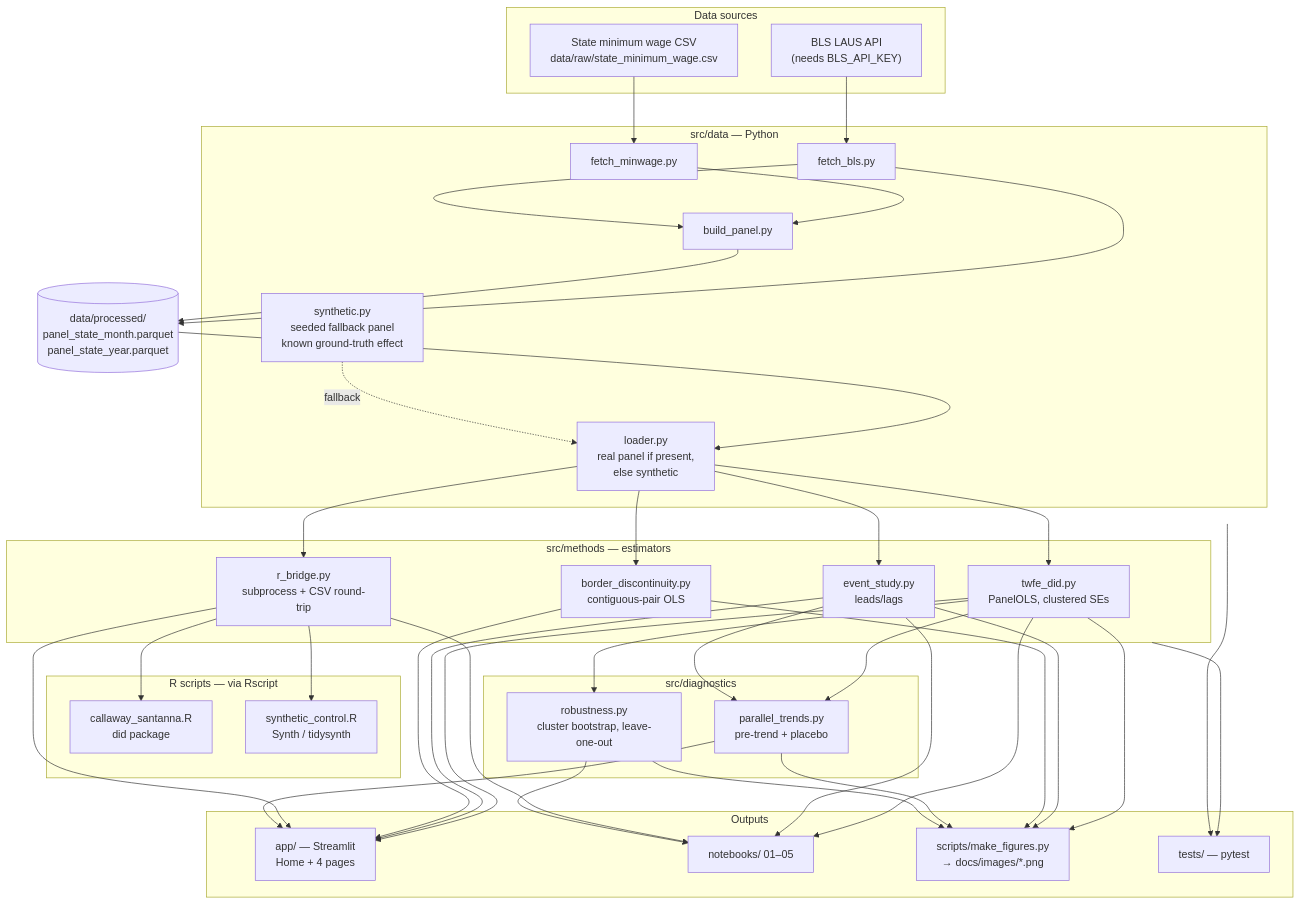
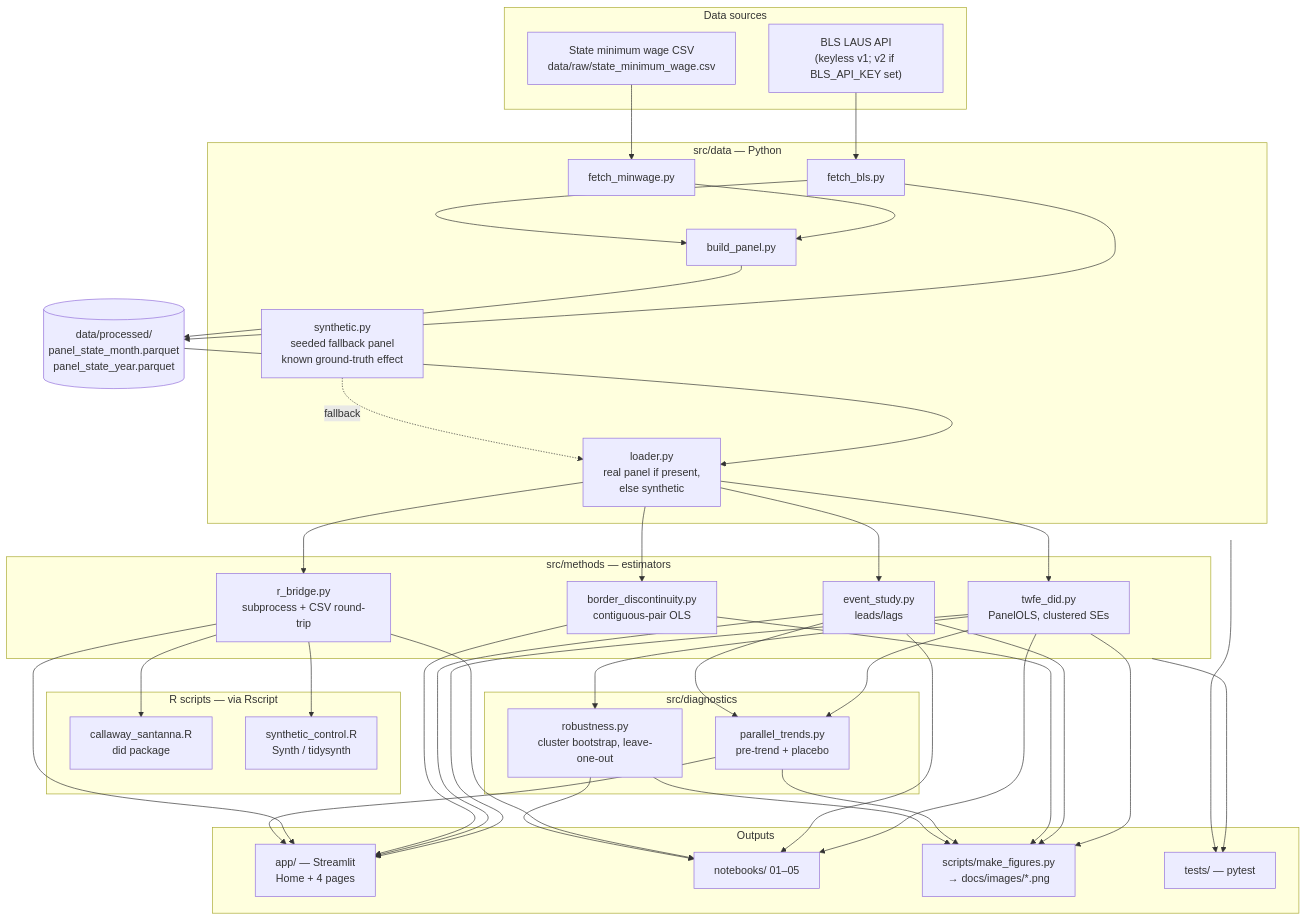
Before and after one commit to thompgt/minimum-wage-causal-inference: the diagram in README.md, drawn with Mermaid. The commit also changed other lines of this file and 1 other file, not shown here.

First line of the commit message:
Fetch real BLS data without an API key

````diff
--- a/README.md
+++ b/README.md
@@ -26,79 +26,79 @@
 ```mermaid
 flowchart TB
     subgraph sources["Data sources"]
-        BLS["BLS LAUS API<br/>(needs BLS_API_KEY)"]
+        BLS["BLS LAUS API<br/>(keyless v1; v2 if BLS_API_KEY set)"]
         MW["State minimum wage CSV<br/>data/raw/state_minimum_wage.csv"]
     end
 
     subgraph ingest["src/data — Python"]
         FB["fetch_bls.py"]
         FM["fetch_minwage.py"]
         BP["build_panel.py"]
         SY["synthetic.py<br/>seeded fallback panel<br/>known ground-truth effect"]
         LD["loader.py<br/>real panel if present,<br/>else synthetic"]
     end
 
     PROC[("data/processed/<br/>panel_state_month.parquet<br/>panel_state_year.parquet")]
 
     subgraph methods["src/methods — estimators"]
         TWFE["twfe_did.py<br/>PanelOLS, clustered SEs"]
         ES["event_study.py<br/>leads/lags"]
         BD["border_discontinuity.py<br/>contiguous-pair OLS"]
         RB["r_bridge.py<br/>subprocess + CSV round-trip"]
     end
 
     subgraph rscripts["R scripts — via Rscript"]
         CS["callaway_santanna.R<br/>did package"]
         SC["synthetic_control.R<br/>Synth / tidysynth"]
     end
 
     subgraph diag["src/diagnostics"]
         PT["parallel_trends.py<br/>pre-trend + placebo"]
         RO["robustness.py<br/>cluster bootstrap, leave-one-out"]
     end
 
     subgraph outputs["Outputs"]
         APP["app/ — Streamlit<br/>Home + 4 pages"]
         NB["notebooks/ 01–05"]
         FIGS["scripts/make_figures.py<br/>→ docs/images/*.png"]
         TESTS["tests/ — pytest"]
     end
 
     BLS --> FB --> PROC
     MW --> FM --> BP
     FB --> BP
     BP --> PROC
     PROC --> LD
     SY -.fallback.-> LD
 
     LD --> TWFE
     LD --> ES
     LD --> BD
     LD --> RB
     RB --> CS
     RB --> SC
 
     TWFE --> PT
     ES --> PT
     TWFE --> RO
 
     TWFE --> APP
     ES --> APP
     BD --> APP
     RB --> APP
     PT --> APP
 
     TWFE --> NB
     ES --> NB
     RB --> NB
     RO --> NB
 
     TWFE --> FIGS
     ES --> FIGS
     BD --> FIGS
     PT --> FIGS
     RO --> FIGS
 
     methods --> TESTS
     ingest --> TESTS
 ```
````
